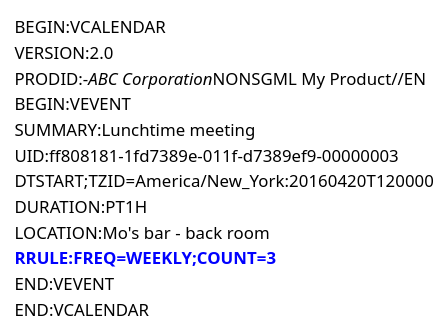
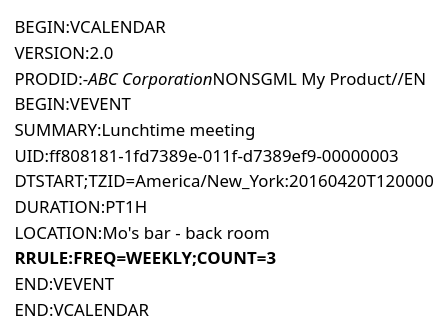
One commit to CalConnect/DEVGUIDE changed the first of 2 diagrams in code_test.md. Above: the diagram before and after it, drawn with PlantUML. The commit also changed other lines of this file, not shown here.

Commit message:
another try with "real" uml

```diff
--- a/code_test.md
+++ b/code_test.md
@@ -30,17 +30,17 @@
 @startuml
 salt
 {
 BEGIN:VCALENDAR
 VERSION:2.0
 PRODID:-//ABC Corporation//NONSGML My Product//EN
 BEGIN:VEVENT
 SUMMARY:Lunchtime meeting
 UID:ff808181-1fd7389e-011f-d7389ef9-00000003
 DTSTART;TZID=America/New_York:20160420T120000
 DURATION:PT1H
 LOCATION:Mo's bar - back room
-<font color=blue>**RRULE:FREQ=WEEKLY;COUNT=3**
+**RRULE:FREQ=WEEKLY;COUNT=3**
 END:VEVENT
 END:VCALENDAR
 }
 @enduml
```
